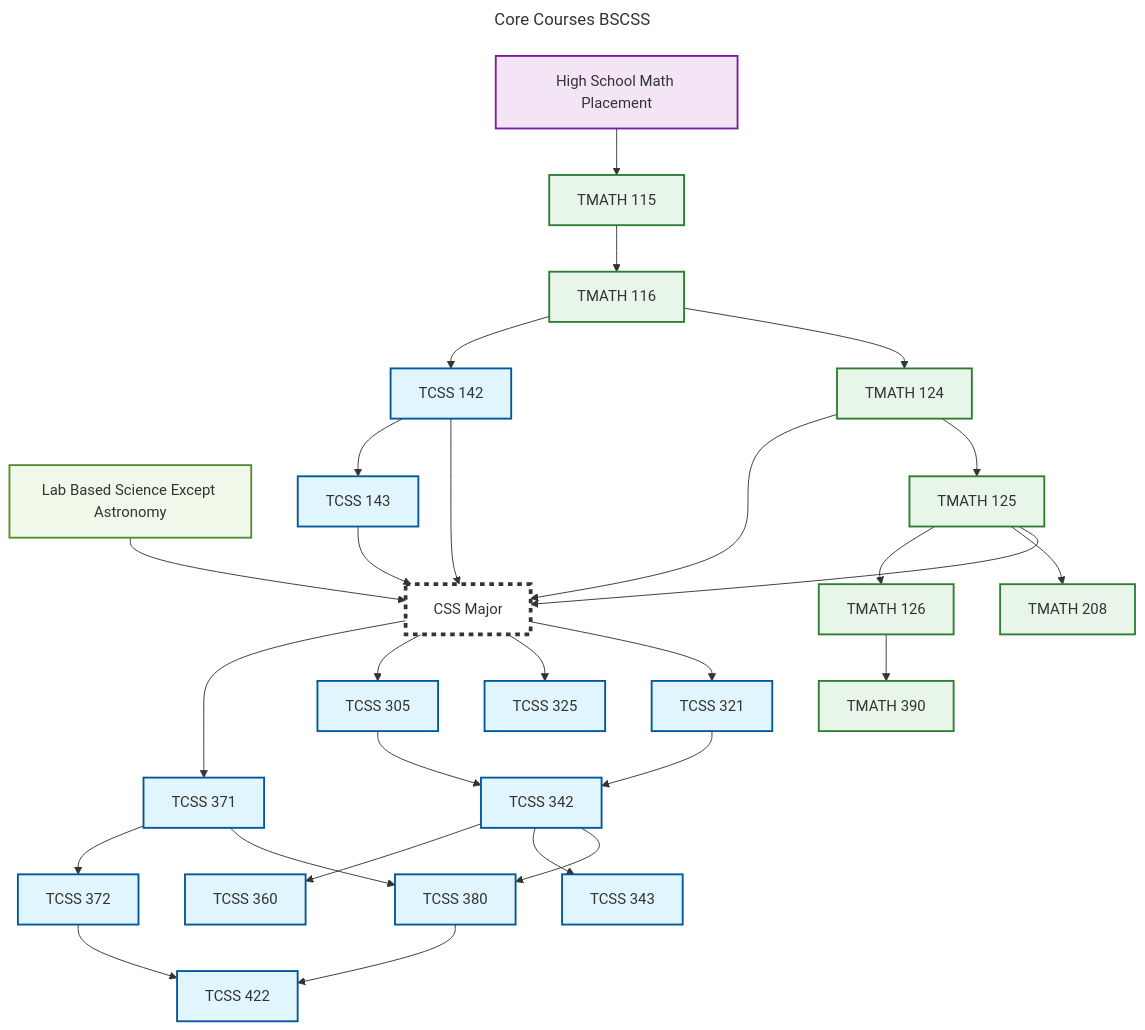
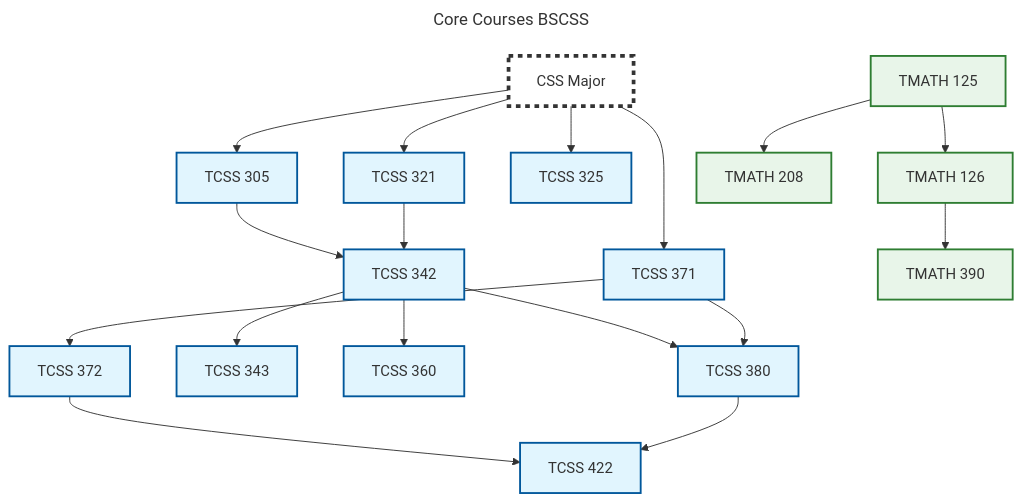
One commit to jordanen522/Course-Prerequisite-Grapher changed the diagram in README.md. Above: the diagram before and after it, drawn with Mermaid. The commit also changed other lines of this file and 1 other file, not shown here.

Commit message:
Fix README major-node description and regenerate example
Major nodes render white with a dark dashed border, replacing the
prefix color, so describe that instead of "on top of". Replace the
stale example (it included edges CoreCoursesBSCSS.csv does not
produce) with the current output for that file.

````diff
--- a/README.md
+++ b/README.md
@@ -130,65 +130,45 @@
 ```mermaid
 ---
 title: "Core Courses BSCSS"
 ---
 graph TD
     TCSS_305["TCSS 305"] --> TCSS_342["TCSS 342"]
     TCSS_321["TCSS 321"] --> TCSS_342["TCSS 342"]
+    TCSS_342["TCSS 342"] --> TCSS_380["TCSS 380"]
+    TCSS_342["TCSS 342"] --> TCSS_343["TCSS 343"]
     TCSS_342["TCSS 342"] --> TCSS_360["TCSS 360"]
-    TCSS_342["TCSS 342"] --> TCSS_343["TCSS 343"]
-    TCSS_342["TCSS 342"] --> TCSS_380["TCSS 380"]
+    CSS_Major["CSS Major"] --> TCSS_321["TCSS 321"]
+    CSS_Major["CSS Major"] --> TCSS_325["TCSS 325"]
     CSS_Major["CSS Major"] --> TCSS_371["TCSS 371"]
     CSS_Major["CSS Major"] --> TCSS_305["TCSS 305"]
-    CSS_Major["CSS Major"] --> TCSS_325["TCSS 325"]
-    CSS_Major["CSS Major"] --> TCSS_321["TCSS 321"]
-    High_School_Math_Placement["High School Math Placement"] --> TMATH_115["TMATH 115"]
-    Lab_Based_Science_Except_Astronomy["Lab Based Science Except Astronomy"] --> CSS_Major["CSS Major"]
-    TMATH_124["TMATH 124"] --> CSS_Major["CSS Major"]
-    TMATH_124["TMATH 124"] --> TMATH_125["TMATH 125"]
     TMATH_125["TMATH 125"] --> TMATH_126["TMATH 126"]
     TMATH_125["TMATH 125"] --> TMATH_208["TMATH 208"]
-    TMATH_125["TMATH 125"] --> CSS_Major["CSS Major"]
     TMATH_126["TMATH 126"] --> TMATH_390["TMATH 390"]
-    TMATH_115["TMATH 115"] --> TMATH_116["TMATH 116"]
-    TMATH_116["TMATH 116"] --> TCSS_142["TCSS 142"]
-    TMATH_116["TMATH 116"] --> TMATH_124["TMATH 124"]
-    TCSS_143["TCSS 143"] --> CSS_Major["CSS Major"]
-    TCSS_142["TCSS 142"] --> TCSS_143["TCSS 143"]
-    TCSS_142["TCSS 142"] --> CSS_Major["CSS Major"]
     TCSS_372["TCSS 372"] --> TCSS_422["TCSS 422"]
     TCSS_371["TCSS 371"] --> TCSS_372["TCSS 372"]
     TCSS_371["TCSS 371"] --> TCSS_380["TCSS 380"]
     TCSS_380["TCSS 380"] --> TCSS_422["TCSS 422"]
 
     %% Dynamic Styling
     classDef styleTCSS fill:#e1f5fe,stroke:#01579b,stroke-width:2px;
     class TCSS_305 styleTCSS
     class TCSS_325 styleTCSS
     class TCSS_422 styleTCSS
+    classDef styleTMATH fill:#e8f5e9,stroke:#2e7d32,stroke-width:2px;
+    class TMATH_390 styleTMATH
     class TCSS_343 styleTCSS
     class TCSS_321 styleTCSS
-    classDef styleTMATH fill:#e8f5e9,stroke:#2e7d32,stroke-width:2px;
-    class TMATH_390 styleTMATH
     class TCSS_342 styleTCSS
     classDef styleCSS fill:#fff3e0,stroke:#e65100,stroke-width:2px;
     class CSS_Major styleCSS
-    classDef styleHigh fill:#f3e5f5,stroke:#7b1fa2,stroke-width:2px;
-    class High_School_Math_Placement styleHigh
-    classDef styleLab fill:#f1f8e9,stroke:#558b2f,stroke-width:2px;
-    class Lab_Based_Science_Except_Astronomy styleLab
-    class TMATH_124 styleTMATH
     class TMATH_125 styleTMATH
     class TMATH_126 styleTMATH
-    class TMATH_115 styleTMATH
-    class TMATH_116 styleTMATH
     class TMATH_208 styleTMATH
-    class TCSS_143 styleTCSS
-    class TCSS_142 styleTCSS
     class TCSS_372 styleTCSS
     class TCSS_360 styleTCSS
     class TCSS_371 styleTCSS
     class TCSS_380 styleTCSS
 
     classDef majorNode fill:#fff,stroke:#333,stroke-width:4px,stroke-dasharray: 5 5;
     class CSS_Major majorNode
 ```
````
